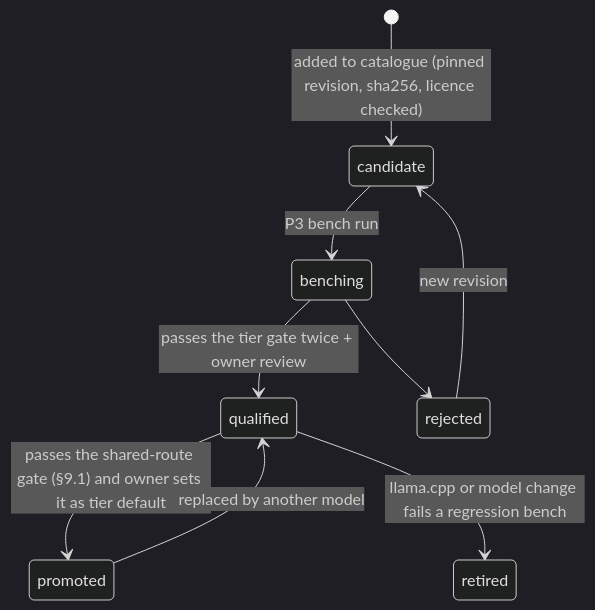
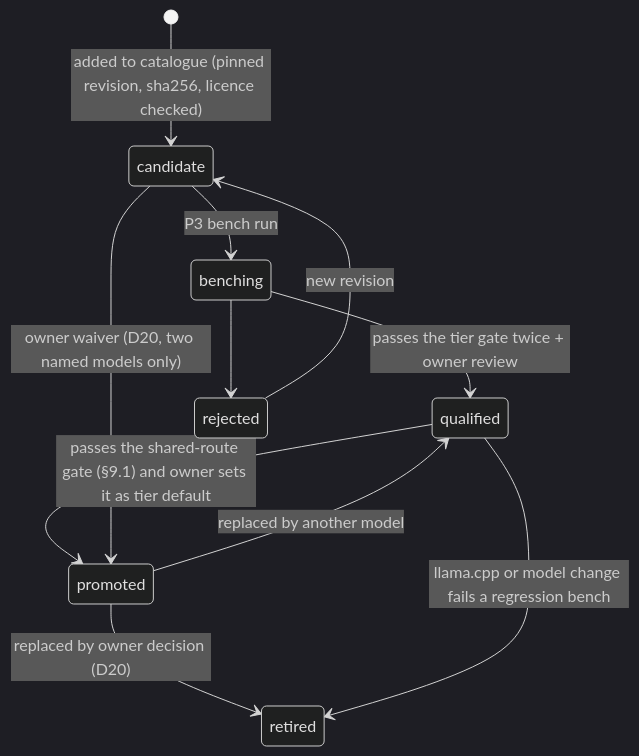
Before and after one commit to arvindsoni2/hatch: the tenth of 10 diagrams in docs/implementation-specs/active/2026-10-22-coach-phase2-readiness-loop.md, drawn with Mermaid (dark theme). The commit also changed other lines of this file, not shown here.

Commit message:
docs(coach): record owner promotion of Spark and MiniCPM in the spec (D20)

````diff
--- a/docs/implementation-specs/active/2026-10-22-coach-phase2-readiness-loop.md
+++ b/docs/implementation-specs/active/2026-10-22-coach-phase2-readiness-loop.md
@@ -699,11 +700,13 @@
 ```mermaid
 stateDiagram-v2
   [*] --> candidate: added to catalogue (pinned revision, sha256, licence checked)
   candidate --> benching: P3 bench run
   benching --> qualified: passes the tier gate twice + owner review
   benching --> rejected
   qualified --> promoted: passes the shared-route gate (§9.1) and owner sets it as tier default
   promoted --> qualified: replaced by another model
+  candidate --> promoted: owner waiver (D20, two named models only)
+  promoted --> retired: replaced by owner decision (D20)
   qualified --> retired: llama.cpp or model change fails a regression bench
   rejected --> candidate: new revision
 ```
````
